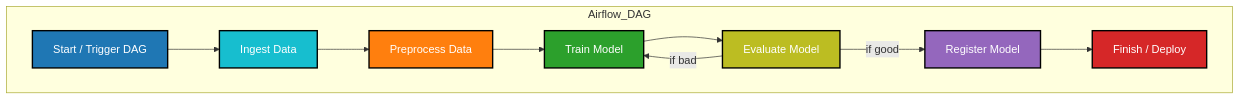
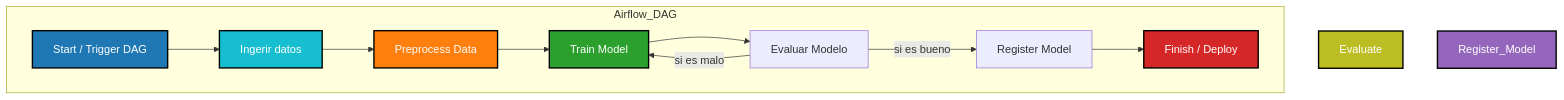
The third of 3 diagrams in README.md (DanteMendoza/AP_2025_B3_TP2_Mendoza_Dante), drawn with Mermaid before and after one commit. The commit also changed other lines of this file, not shown here.

````diff
--- a/README.md
+++ b/README.md
@@ -81,23 +62,23 @@
 ```mermaid
 flowchart TD
     subgraph Airflow_DAG
-        Start["Start / Trigger DAG"] --> Ingest["Ingest Data"]
+        Start["Start / Trigger DAG"] --> Ingest["Ingerir datos"]
         Ingest --> Preprocess["Preprocess Data"]
         Preprocess --> Train["Train Model"]
-        Train --> Evaluate["Evaluate Model"]
+        Train --> Evaluar["Evaluar Modelo"]
 
-        Evaluate --> |if good| Register_Model["Register Model"]
-        Evaluate --> |if bad| Train
+        Evaluar --> |si es bueno| Registrar_Modelo["Register Model"]
+        Evaluar --> |si es malo| Train
 
-        Register_Model --> End["Finish / Deploy"]
+        Registrar_Modelo --> End["Finish / Deploy"]
     end
 
     %% Estilos
     style Start fill:#1f77b4,stroke:#000,stroke-width:2px,color:#fff
     style Ingest fill:#17becf,stroke:#000,stroke-width:2px,color:#fff
     style Preprocess fill:#ff7f0e,stroke:#000,stroke-width:2px,color:#fff
     style Train fill:#2ca02c,stroke:#000,stroke-width:2px,color:#fff
     style Evaluate fill:#bcbd22,stroke:#000,stroke-width:2px,color:#fff
     style Register_Model fill:#9467bd,stroke:#000,stroke-width:2px,color:#fff
     style End fill:#d62728,stroke:#000,stroke-width:2px,color:#fff
 ```
````
